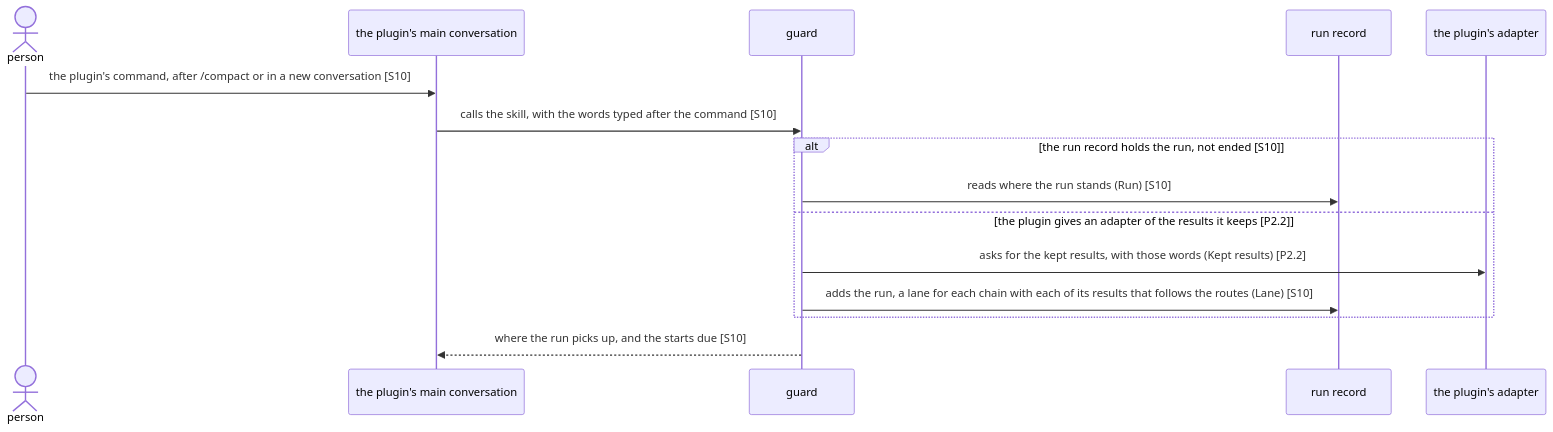
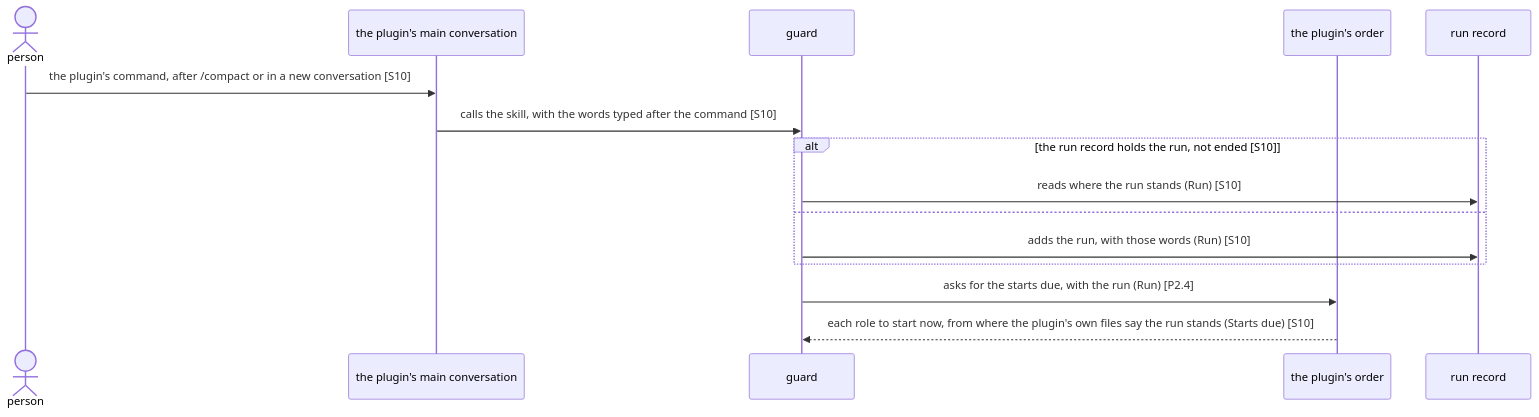
Before and after one commit to lovaizu/ccpm: the second of 2 diagrams in dev/lane/architecture.md, drawn with Mermaid. The commit also changed other lines of this file and 2 other files, not shown here.

````diff
--- a/dev/lane/architecture.md
+++ b/dev/lane/architecture.md
@@ -162,17 +144,17 @@
 ```mermaid
 sequenceDiagram
   actor U as person
   participant M as the plugin's main conversation
   participant G as guard
+  participant O as the plugin's order
   participant RR as run record
-  participant A as the plugin's adapter
   U->>M: the plugin's command, after /compact or in a new conversation [S10]
   M->>G: calls the skill, with the words typed after the command [S10]
   alt the run record holds the run, not ended [S10]
     G->>RR: reads where the run stands (Run) [S10]
-  else the plugin gives an adapter of the results it keeps [P2.2]
-    G->>A: asks for the kept results, with those words (Kept results) [P2.2]
-    G->>RR: adds the run, a lane for each chain with each of its results that follows the routes (Lane) [S10]
+  else
+    G->>RR: adds the run, with those words (Run) [S10]
   end
-  G-->>M: where the run picks up, and the starts due [S10]
+  G->>O: asks for the starts due, with the run (Run) [P2.4]
+  O-->>G: each role to start now, from where the plugin's own files say the run stands (Starts due) [S10]
 ```
````
